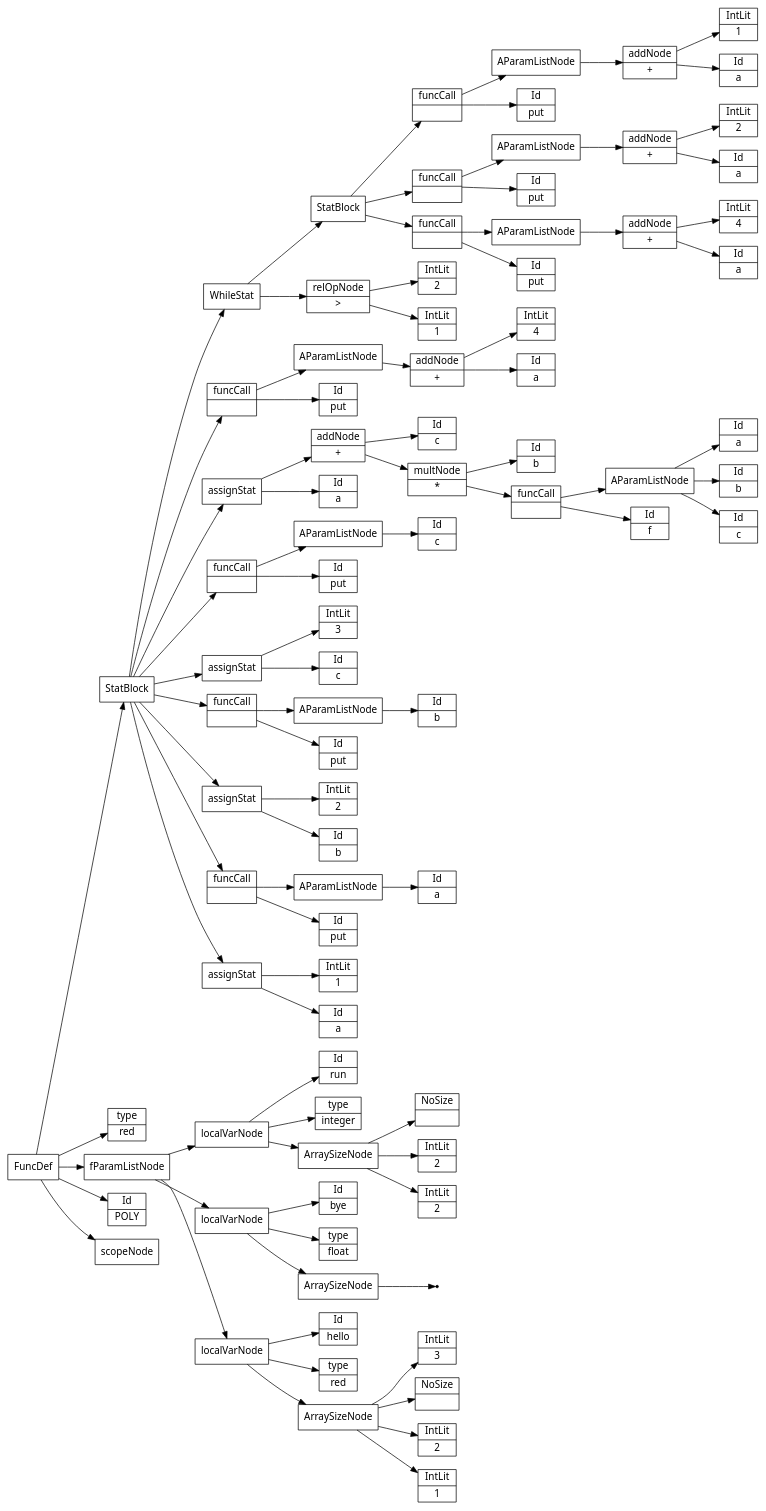
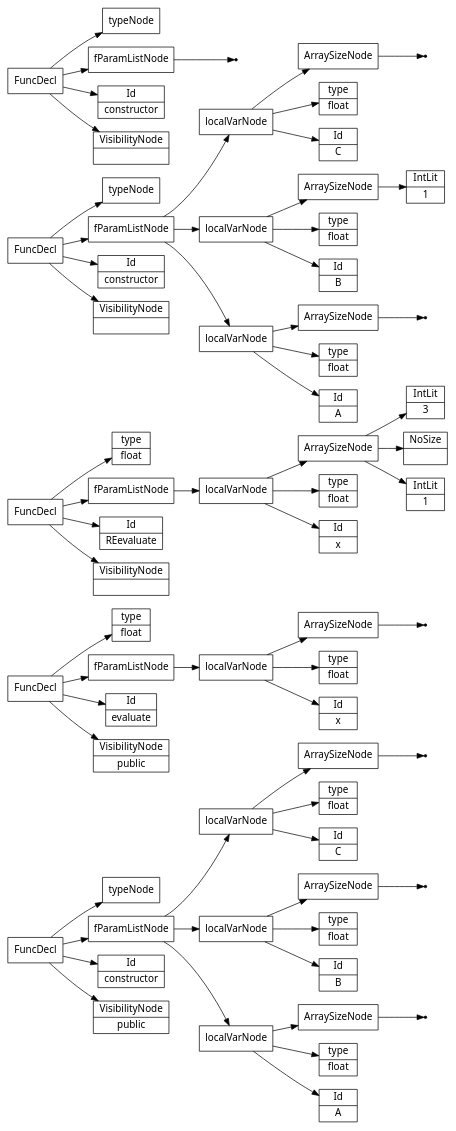
One commit to Saf1u/Kompiler changed the diagram in files/bubbleSort.src.ast.dot. Above: the diagram before and after it, drawn with Graphviz. The commit also changed 5 other files, not shown here.

```diff
--- a/files/bubbleSort.src.ast.dot
+++ b/files/bubbleSort.src.ast.dot
@@ -1,179 +1,135 @@
 digraph AST {
 node [shape=record];
  node [fontname=Sans];charset="UTF-8" splines=true splines=spline rankdir =LR ordering="out"
-1[label="scopeNode"];
-3[label="Id|run"];
-4[label="type|integer"];
-6[label="IntLit|2"];
-7[label="IntLit|2"];
-8[label="NoSize|"];
-9[label="ArraySizeNode"];
-9->8;
-9->7;
-9->6;
-10[label="localVarNode"];
-10->3;
-10->4;
-10->9;
-11[label="Id|bye"];
-12[label="type|float"];
-none14[shape="point"];
-15[label="ArraySizeNode"];
-15->none14;
-16[label="localVarNode"];
-16->11;
-16->12;
-16->15;
-17[label="Id|hello"];
-18[label="type|red"];
-20[label="IntLit|1"];
-21[label="IntLit|2"];
-22[label="NoSize|"];
-23[label="IntLit|3"];
-24[label="ArraySizeNode"];
-24->23;
-24->22;
-24->21;
-24->20;
-25[label="localVarNode"];
-25->17;
-25->18;
-25->24;
-26[label="fParamListNode"];
-26->10;
-26->16;
-26->25;
-27[label="type|red"];
-29[label="Id|a"];
-30[label="IntLit|1"];
-31[label="assignStat"];
-31->30;
-31->29;
-32[label="Id|put"];
-34[label="Id|a"];
-35[label="AParamListNode"];
+0[label="VisibilityNode|public"];
+1[label="Id|constructor"];
+3[label="Id|A"];
+4[label="type|float"];
+none6[shape="point"];
+7[label="ArraySizeNode"];
+7->none6;
+8[label="localVarNode"];
+8->7;
+8->4;
+8->3;
+9[label="Id|B"];
+10[label="type|float"];
+none12[shape="point"];
+13[label="ArraySizeNode"];
+13->none12;
+14[label="localVarNode"];
+14->13;
+14->10;
+14->9;
+15[label="Id|C"];
+16[label="type|float"];
+none18[shape="point"];
+19[label="ArraySizeNode"];
+19->none18;
+20[label="localVarNode"];
+20->19;
+20->16;
+20->15;
+21[label="fParamListNode"];
+21->20;
+21->14;
+21->8;
+22[label="typeNode"];
+23[label="FuncDecl"];
+23->22;
+23->21;
+23->1;
+23->0;
+24[label="VisibilityNode|public"];
+25[label="Id|evaluate"];
+27[label="Id|x"];
+28[label="type|float"];
+none30[shape="point"];
+31[label="ArraySizeNode"];
+31->none30;
+32[label="localVarNode"];
+32->31;
+32->28;
+32->27;
+33[label="fParamListNode"];
+33->32;
+34[label="type|float"];
+35[label="FuncDecl"];
 35->34;
-36[label="funcCall|"];
-36->35;
-36->32;
-37[label="Id|b"];
-38[label="IntLit|2"];
-39[label="assignStat"];
-39->38;
-39->37;
-40[label="Id|put"];
-42[label="Id|b"];
-43[label="AParamListNode"];
-43->42;
-44[label="funcCall|"];
-44->43;
-44->40;
-45[label="Id|c"];
-46[label="IntLit|3"];
-47[label="assignStat"];
+35->33;
+35->25;
+35->24;
+36[label="VisibilityNode|"];
+37[label="Id|REevaluate"];
+39[label="Id|x"];
+40[label="type|float"];
+42[label="IntLit|1"];
+43[label="NoSize|"];
+44[label="IntLit|3"];
+45[label="ArraySizeNode"];
+45->44;
+45->43;
+45->42;
+46[label="localVarNode"];
+46->45;
+46->40;
+46->39;
+47[label="fParamListNode"];
 47->46;
-47->45;
-48[label="Id|put"];
-50[label="Id|c"];
-51[label="AParamListNode"];
-51->50;
-52[label="funcCall|"];
-52->51;
-52->48;
-53[label="Id|a"];
-54[label="Id|f"];
-56[label="Id|a"];
-57[label="Id|b"];
-58[label="Id|c"];
-59[label="AParamListNode"];
-59->56;
-59->57;
-59->58;
-60[label="funcCall|"];
-60->59;
-60->54;
-61[label="multNode|*"];
-62[label="Id|b"];
-61->62;
-61->60;
-63[label="addNode|+"];
-64[label="Id|c"];
-63->64;
-63->61;
-65[label="assignStat"];
-65->63;
-65->53;
-66[label="Id|put"];
-68[label="Id|a"];
-69[label="addNode|+"];
-70[label="IntLit|4"];
-69->70;
-69->68;
-71[label="AParamListNode"];
-71->69;
-72[label="funcCall|"];
-72->71;
-72->66;
-73[label="IntLit|1"];
-74[label="relOpNode|\>"];
-75[label="IntLit|2"];
-74->75;
-74->73;
-77[label="Id|put"];
-79[label="Id|a"];
-80[label="addNode|+"];
-81[label="IntLit|4"];
-80->81;
+48[label="type|float"];
+49[label="FuncDecl"];
+49->48;
+49->47;
+49->37;
+49->36;
+50[label="VisibilityNode|"];
+51[label="Id|constructor"];
+53[label="Id|A"];
+54[label="type|float"];
+none56[shape="point"];
+57[label="ArraySizeNode"];
+57->none56;
+58[label="localVarNode"];
+58->57;
+58->54;
+58->53;
+59[label="Id|B"];
+60[label="type|float"];
+62[label="IntLit|1"];
+63[label="ArraySizeNode"];
+63->62;
+64[label="localVarNode"];
+64->63;
+64->60;
+64->59;
+65[label="Id|C"];
+66[label="type|float"];
+none68[shape="point"];
+69[label="ArraySizeNode"];
+69->none68;
+70[label="localVarNode"];
+70->69;
+70->66;
+70->65;
+71[label="fParamListNode"];
+71->70;
+71->64;
+71->58;
+72[label="typeNode"];
+73[label="FuncDecl"];
+73->72;
+73->71;
+73->51;
+73->50;
+74[label="VisibilityNode|"];
+75[label="Id|constructor"];
+none77[shape="point"];
+78[label="fParamListNode"];
+78->none77;
+79[label="typeNode"];
+80[label="FuncDecl"];
 80->79;
-82[label="AParamListNode"];
-82->80;
-83[label="funcCall|"];
-83->82;
-83->77;
-84[label="Id|put"];
-86[label="Id|a"];
-87[label="addNode|+"];
-88[label="IntLit|2"];
-87->88;
-87->86;
-89[label="AParamListNode"];
-89->87;
-90[label="funcCall|"];
-90->89;
-90->84;
-91[label="Id|put"];
-93[label="Id|a"];
-94[label="addNode|+"];
-95[label="IntLit|1"];
-94->95;
-94->93;
-96[label="AParamListNode"];
-96->94;
-97[label="funcCall|"];
-97->96;
-97->91;
-98[label="StatBlock"];
-98->97;
-98->90;
-98->83;
-99[label="WhileStat"];
-99->98;
-99->74;
-100[label="StatBlock"];
-100->99;
-100->72;
-100->65;
-100->52;
-100->47;
-100->44;
-100->39;
-100->36;
-100->31;
-101[label="FuncDef"];
-0[label="Id|POLY"];
-101->100;
-101->27;
-101->26;
-101->0;
-101->1;
+80->78;
+80->75;
+80->74;
 }
```
